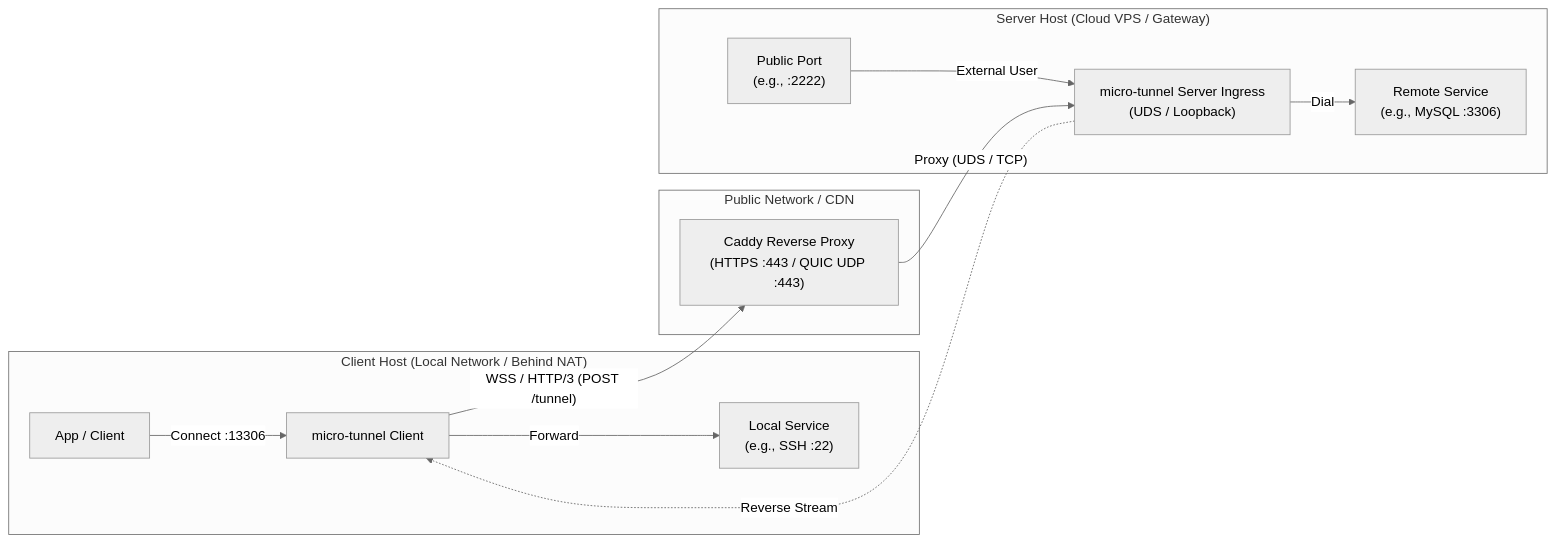
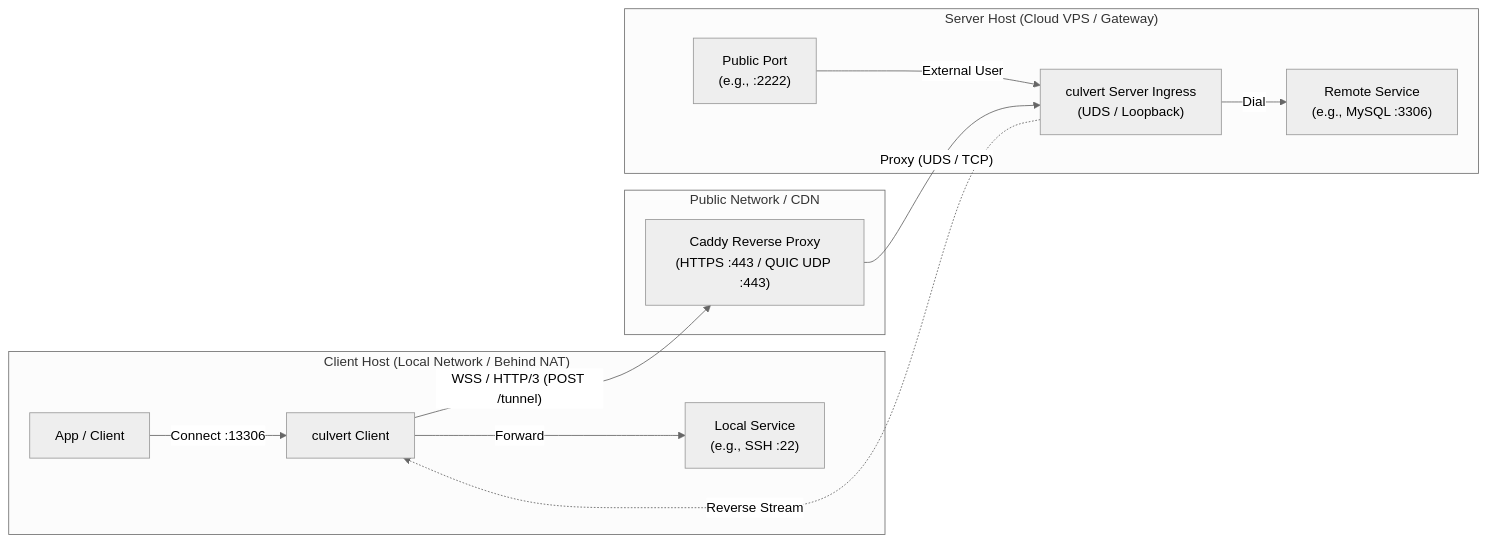
One commit to spritetong/culvert changed the diagram in README.md. Above: the diagram before and after it, drawn with Mermaid (neutral theme). The commit also changed other lines of this file and 80 other files, not shown here.

````diff
--- a/README.md
+++ b/README.md
@@ -28,29 +28,29 @@
 ```mermaid
 flowchart LR
     subgraph ClientHost["Client Host (Local Network / Behind NAT)"]
         App["App / Client"]
-        MTClient["micro-tunnel Client"]
+        CulvertClient["culvert Client"]
         LocalSvc["Local Service\n(e.g., SSH :22)"]
     end
 
     subgraph Internet["Public Network / CDN"]
         Caddy["Caddy Reverse Proxy\n(HTTPS :443 / QUIC UDP :443)"]
     end
 
     subgraph ServerHost["Server Host (Cloud VPS / Gateway)"]
-        MTServer["micro-tunnel Server Ingress\n(UDS / Loopback)"]
+        CulvertServer["culvert Server Ingress\n(UDS / Loopback)"]
         RemoteSvc["Remote Service\n(e.g., MySQL :3306)"]
         PublicPort["Public Port\n(e.g., :2222)"]
     end
 
     %% Forward Tunnel Traffic
-    App -->|Connect :13306| MTClient
-    MTClient -->|"WSS / HTTP/3 (POST /tunnel)"| Caddy
-    Caddy -->|"Proxy (UDS / TCP)"| MTServer
-    MTServer -->|Dial| RemoteSvc
+    App -->|Connect :13306| CulvertClient
+    CulvertClient -->|"WSS / HTTP/3 (POST /tunnel)"| Caddy
+    Caddy -->|"Proxy (UDS / TCP)"| CulvertServer
+    CulvertServer -->|Dial| RemoteSvc
 
     %% Reverse Tunnel Traffic
-    PublicPort -->|External User| MTServer
-    MTServer -.->|"Reverse Stream"| MTClient
-    MTClient -->|Forward| LocalSvc
+    PublicPort -->|External User| CulvertServer
+    CulvertServer -.->|"Reverse Stream"| CulvertClient
+    CulvertClient -->|Forward| LocalSvc
 ```
````
